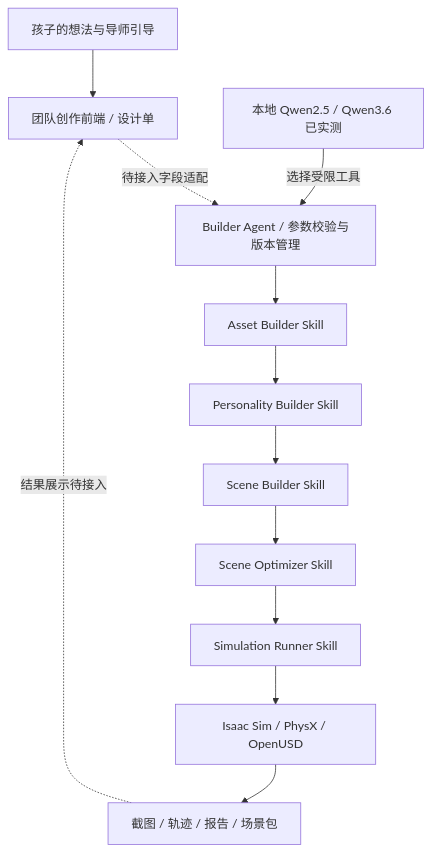
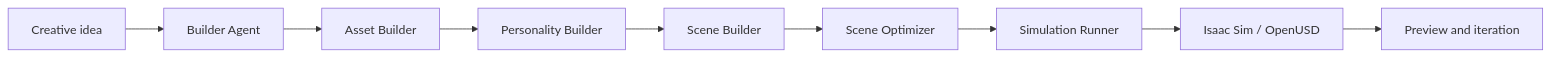
Before and after one commit to unboundmakers/unbound-maker-dgx-spark: the diagram in README.md, drawn with Mermaid. The commit also changed other lines of this file and 4 other files, not shown here.

````diff
--- a/README.md
+++ b/README.md
@@ -61,14 +23,11 @@
 ```mermaid
-flowchart TD
-    A[孩子的想法与导师引导] --> B[团队创作前端 / 设计单]
-    B -. 待接入字段适配 .-> C[Builder Agent / 参数校验与版本管理]
-    M[本地 Qwen2.5 / Qwen3.6 已实测] -->|选择受限工具| C
-    C --> D[Asset Builder Skill]
-    D --> E[Personality Builder Skill]
-    E --> F[Scene Builder Skill]
-    F --> G[Scene Optimizer Skill]
-    G --> H[Simulation Runner Skill]
-    H --> I[Isaac Sim / PhysX / OpenUSD]
-    I --> J[截图 / 轨迹 / 报告 / 场景包]
-    J -. 结果展示待接入 .-> B
+flowchart LR
+    A[Creative idea] --> B[Builder Agent]
+    B --> C[Asset Builder]
+    C --> D[Personality Builder]
+    D --> E[Scene Builder]
+    E --> F[Scene Optimizer]
+    F --> G[Simulation Runner]
+    G --> H[Isaac Sim / OpenUSD]
+    H --> I[Preview and iteration]
 ```
````
